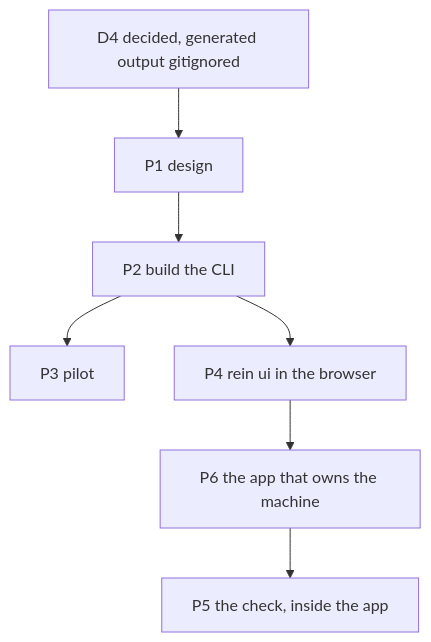
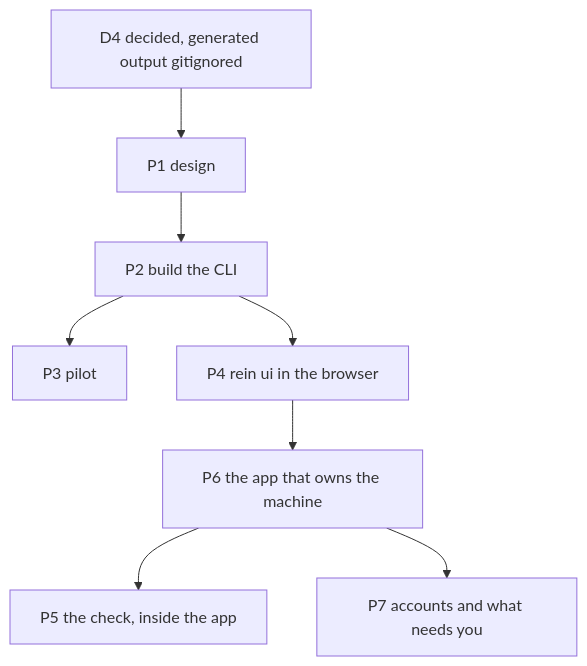
Before and after one commit to Danidani23/agents-rein: the first of 4 diagrams in docs/implementation_plans/2026-10-11_harness-distribution-tool.md, drawn with Mermaid. The commit also changed other lines of this file and 4 other files, not shown here.

````diff
--- a/docs/implementation_plans/2026-10-11_harness-distribution-tool.md
+++ b/docs/implementation_plans/2026-10-11_harness-distribution-tool.md
@@ -1092,9 +1126,10 @@
 ```mermaid
 flowchart TD
   D4[D4 decided, generated output gitignored] --> P1[P1 design]
   P1 --> P2[P2 build the CLI]
   P2 --> P3[P3 pilot]
   P2 --> P4[P4 rein ui in the browser]
   P4 --> P6[P6 the app that owns the machine]
   P6 --> P5[P5 the check, inside the app]
+  P6 --> P7[P7 accounts and what needs you]
 ```
````
